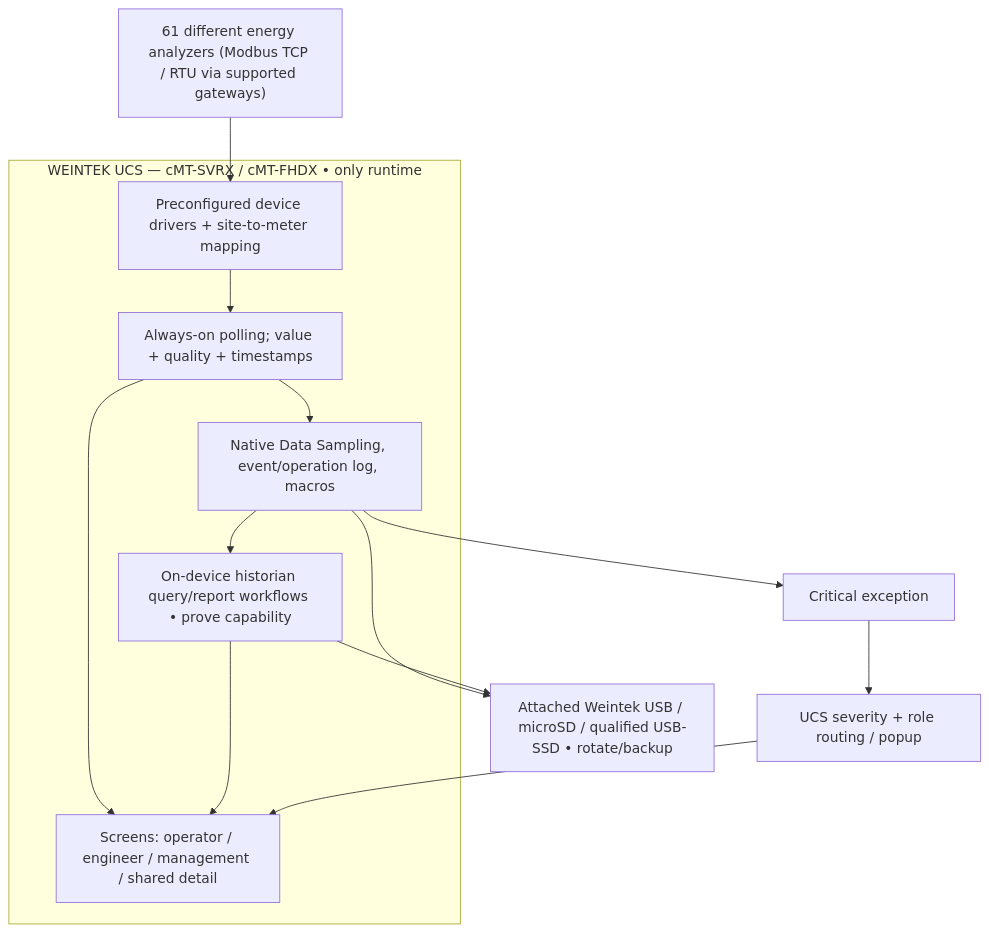
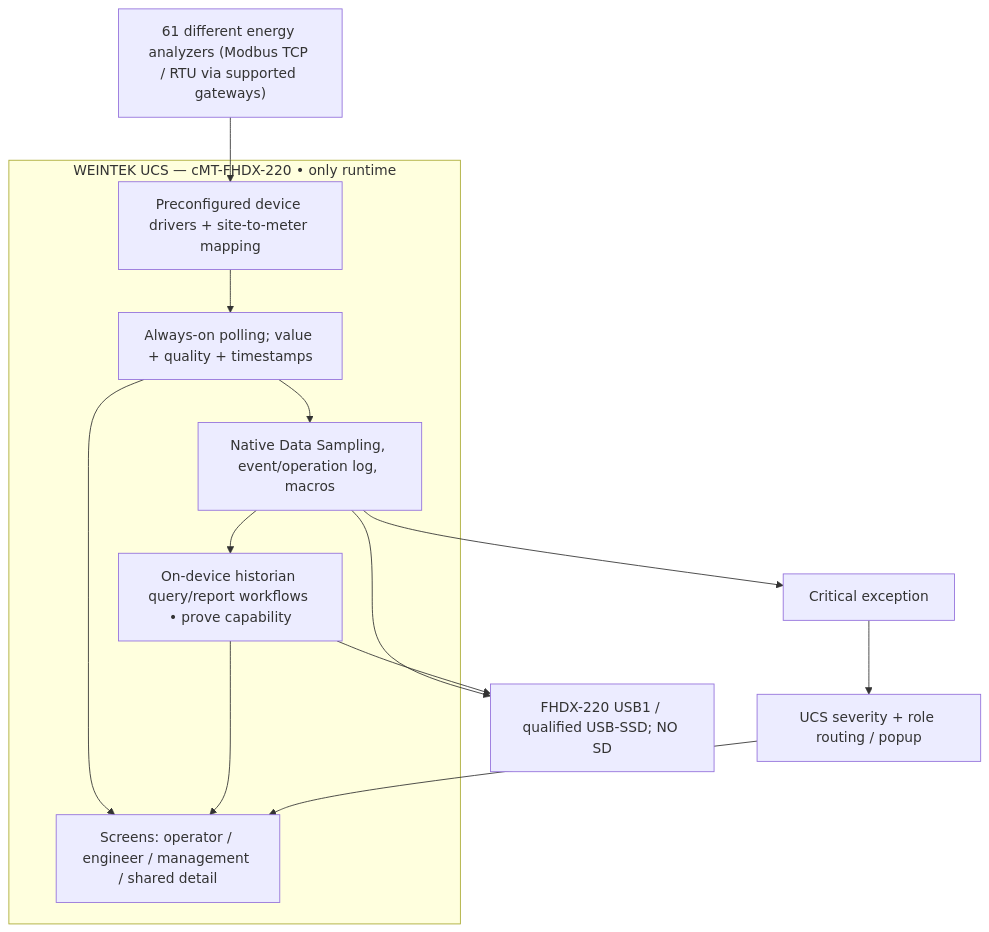
The first of 5 diagrams in docs/VISUAL_PLAN.md (raohassandev/Weintek-Macro-Javascript-based-reporting), drawn with Mermaid before and after one commit. The commit also changed other lines of this file and 14 other files, not shown here.

Commit message:
docs: select cMT-FHDX-220 as UCS hardware target (#36)

````diff
--- a/docs/VISUAL_PLAN.md
+++ b/docs/VISUAL_PLAN.md
@@ -5,22 +5,22 @@
 ```mermaid
 flowchart TB
     M["61 different energy analyzers (Modbus TCP / RTU via supported gateways)"]
-    subgraph HMI["WEINTEK UCS — cMT-SVRX / cMT-FHDX • only runtime"]
+    subgraph HMI["WEINTEK UCS — cMT-FHDX-220 • only runtime"]
        DRIVER["Preconfigured device drivers + site-to-meter mapping"]
        ACQ["Always-on polling; value + quality + timestamps"]
        HIST["Native Data Sampling, event/operation log, macros"]
        VIEW["Screens: operator / engineer / management / shared detail"]
        REPORT["On-device historian query/report workflows • prove capability"]
        DRIVER --> ACQ
        ACQ --> HIST
        ACQ --> VIEW
        HIST --> REPORT
        REPORT --> VIEW
     end
     M --> DRIVER
-    HIST --> MEDIA["Attached Weintek USB / microSD / qualified USB-SSD • rotate/backup"]
+    HIST --> MEDIA["FHDX-220 USB1 / qualified USB-SSD; NO SD"]
     REPORT --> MEDIA
     ALARM["Critical exception"] --> ROUTE["UCS severity + role routing / popup"]
     HIST --> ALARM
     ROUTE --> VIEW
 ```
````
